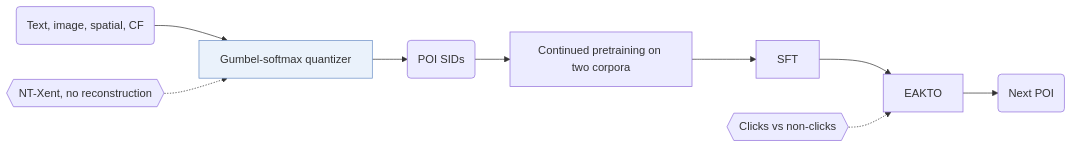
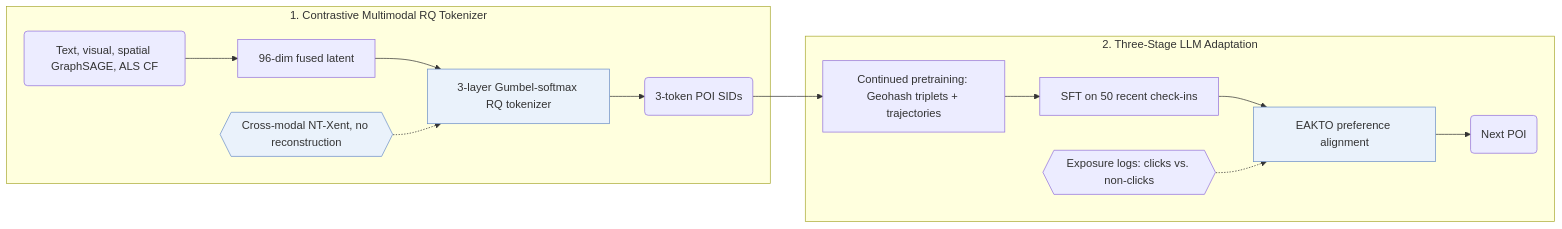
The diagram in notes/gwhere.md (Galaxy-ghost/Awesome-SID-Generative-Rec), drawn with Mermaid before and after one commit. The commit also changed other lines of this file and 649 other files, not shown here.

Commit message:
writer-05: also tags and modality index (schema, check, build, visuals); summary field removed; calibration data for 12 papers

````diff
--- a/notes/gwhere.md
+++ b/notes/gwhere.md
@@ -13,12 +14,17 @@
 ```mermaid
 flowchart LR
-    A("Text, image, spatial, CF") --> B["Gumbel-softmax quantizer"]:::key
-    L1{{"NT-Xent, no reconstruction"}} -.-> B
-    B --> C("POI SIDs")
-    C --> D["Continued pretraining on two corpora"]
-    D --> E["SFT"]
-    E --> F["EAKTO"]
-    L2{{"Clicks vs non-clicks"}} -.-> F
-    F --> G("Next POI")
+    subgraph Tok["1. Contrastive Multimodal RQ Tokenizer"]
+        A("Text, visual, spatial GraphSAGE, ALS CF") --> B["96-dim fused latent"]
+        B --> C["3-layer Gumbel-softmax RQ tokenizer"]:::key
+        L1{{"Cross-modal NT-Xent, no reconstruction"}}:::key -.-> C
+        C --> D("3-token POI SIDs")
+    end
+    subgraph Gen["2. Three-Stage LLM Adaptation"]
+        D --> E["Continued pretraining: Geohash triplets + trajectories"]
+        E --> F["SFT on 50 recent check-ins"]
+        F --> G["EAKTO preference alignment"]:::key
+        L2{{"Exposure logs: clicks vs. non-clicks"}} -.-> G
+        G --> H("Next POI")
+    end
     classDef key fill:#eaf2fb,stroke:#6b8fc7
 ```
````
